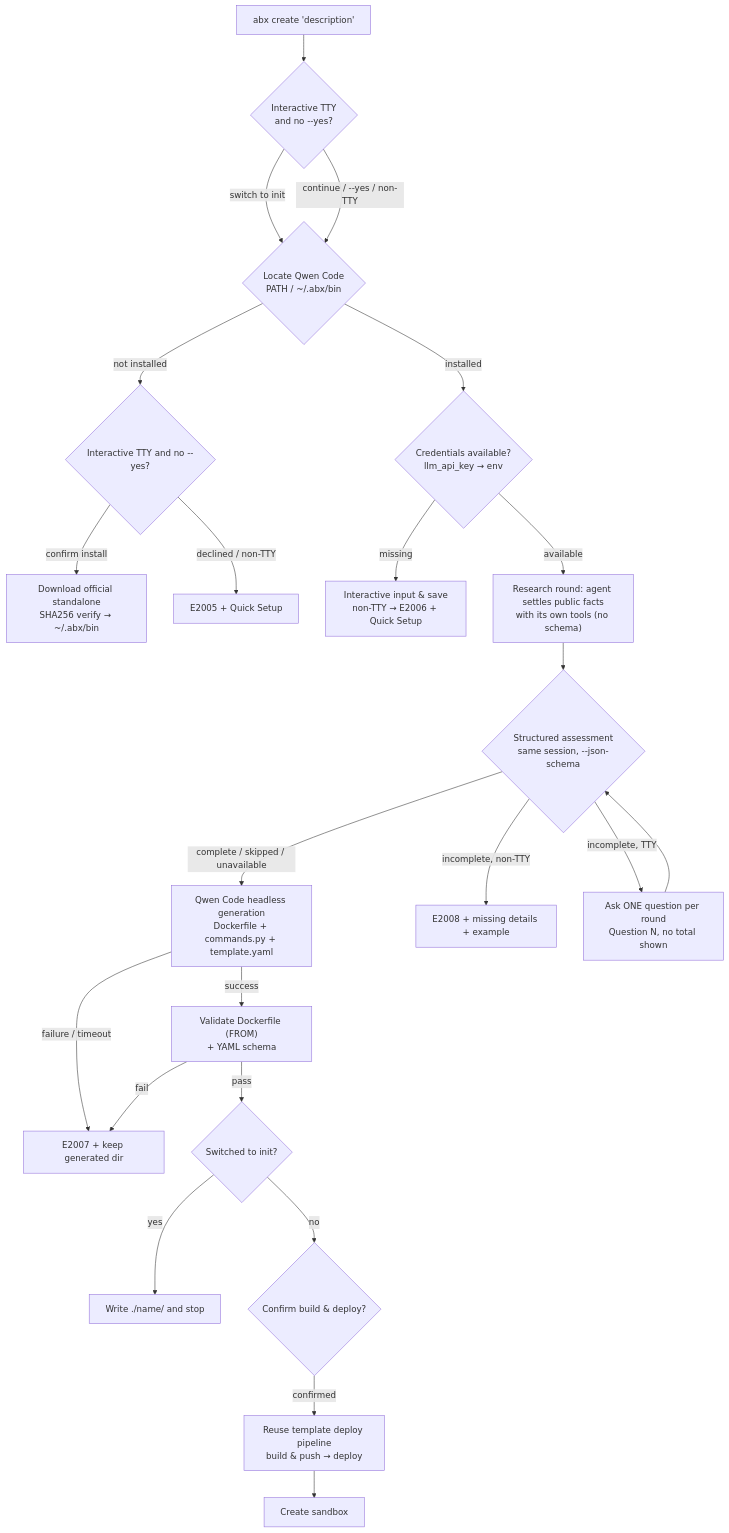
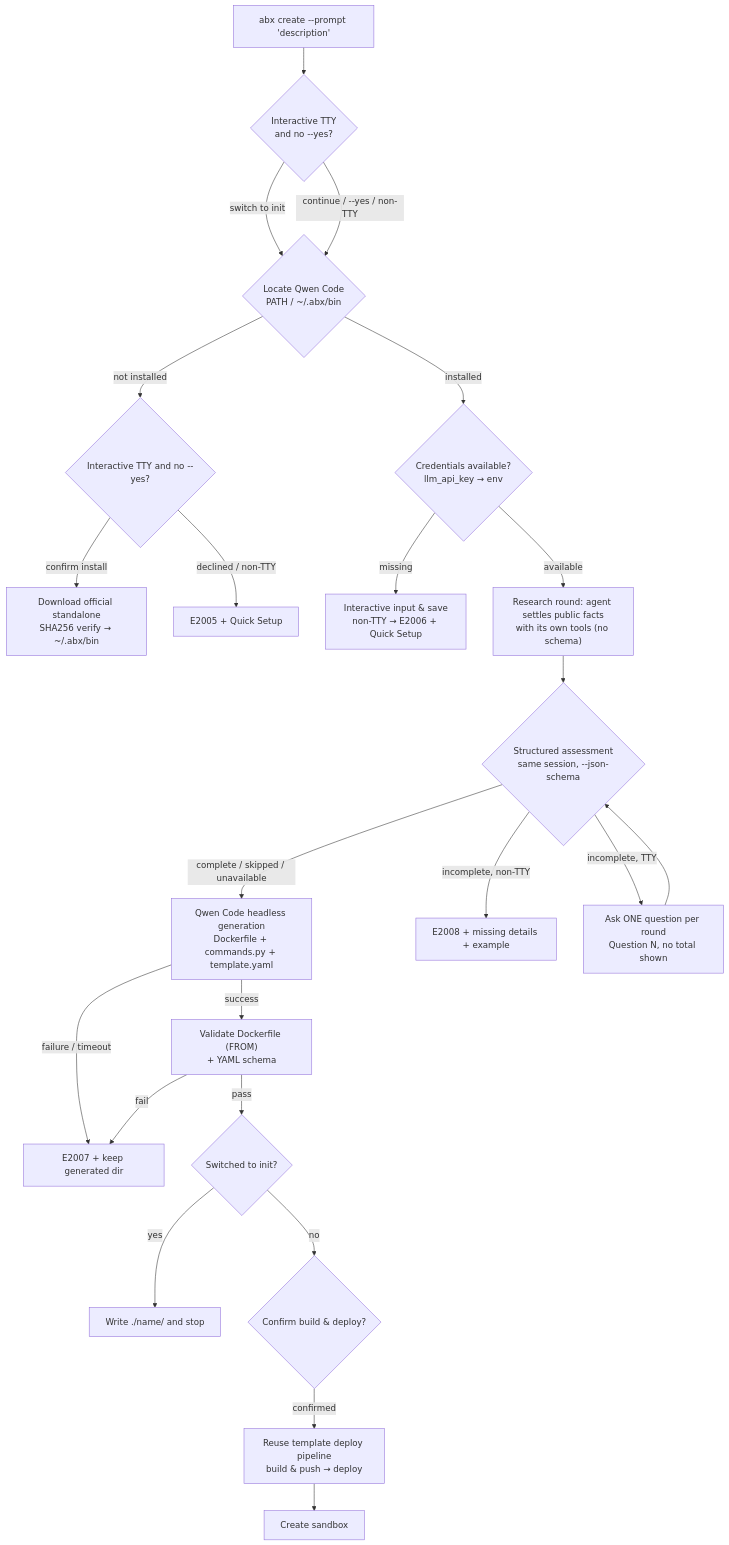
One commit to Alibaba-Agent-Sandbox/agent-sandbox changed the second of 2 diagrams in docs/en/design/cli-design.md. Above: the diagram before and after it, drawn with Mermaid. The commit also changed other lines of this file and 279 other files, not shown here.

````diff
--- a/docs/en/design/cli-design.md
+++ b/docs/en/design/cli-design.md
@@ -153,25 +155,25 @@
 ```mermaid
 graph TD
-    Input["abx create 'description'"] --> Scope{"Interactive TTY<br/>and no --yes?"}
+    Input["abx create --prompt 'description'"] --> Scope{"Interactive TTY<br/>and no --yes?"}
     Scope -- "switch to init" --> Find
     Scope -- "continue / --yes / non-TTY" --> Find{"Locate Qwen Code<br/>PATH / ~/.abx/bin"}
     Find -- not installed --> Install{"Interactive TTY and no --yes?"}
     Install -- confirm install --> Download["Download official standalone<br/>SHA256 verify → ~/.abx/bin"]
     Install -- declined / non-TTY --> E2005["E2005 + Quick Setup"]
     Find -- installed --> Creds{"Credentials available?<br/>llm_api_key → env"}
     Creds -- missing --> Prompt["Interactive input & save<br/>non-TTY → E2006 + Quick Setup"]
     Creds -- available --> Research["Research round: agent settles public facts<br/>with its own tools (no schema)"]
     Research --> Assess{"Structured assessment<br/>same session, --json-schema"}
     Assess -- "complete / skipped / unavailable" --> Generate["Qwen Code headless generation<br/>Dockerfile + commands.py + template.yaml"]
     Assess -- "incomplete, non-TTY" --> E2008["E2008 + missing details + example"]
     Assess -- "incomplete, TTY" --> Ask["Ask ONE question per round<br/>Question N, no total shown"]
     Ask --> Assess
     Generate -- success --> Verify["Validate Dockerfile (FROM)<br/>+ YAML schema"]
     Generate -- failure / timeout --> E2007["E2007 + keep generated dir"]
     Verify -- pass --> Gate{"Switched to init?"}
     Gate -- yes --> Local["Write ./name/ and stop"]
     Gate -- no --> Confirm{"Confirm build & deploy?"}
     Confirm -- confirmed --> Deploy["Reuse template deploy pipeline<br/>build & push → deploy"]
     Deploy --> Create["Create sandbox"]
     Verify -- fail --> E2007
 ```
````
